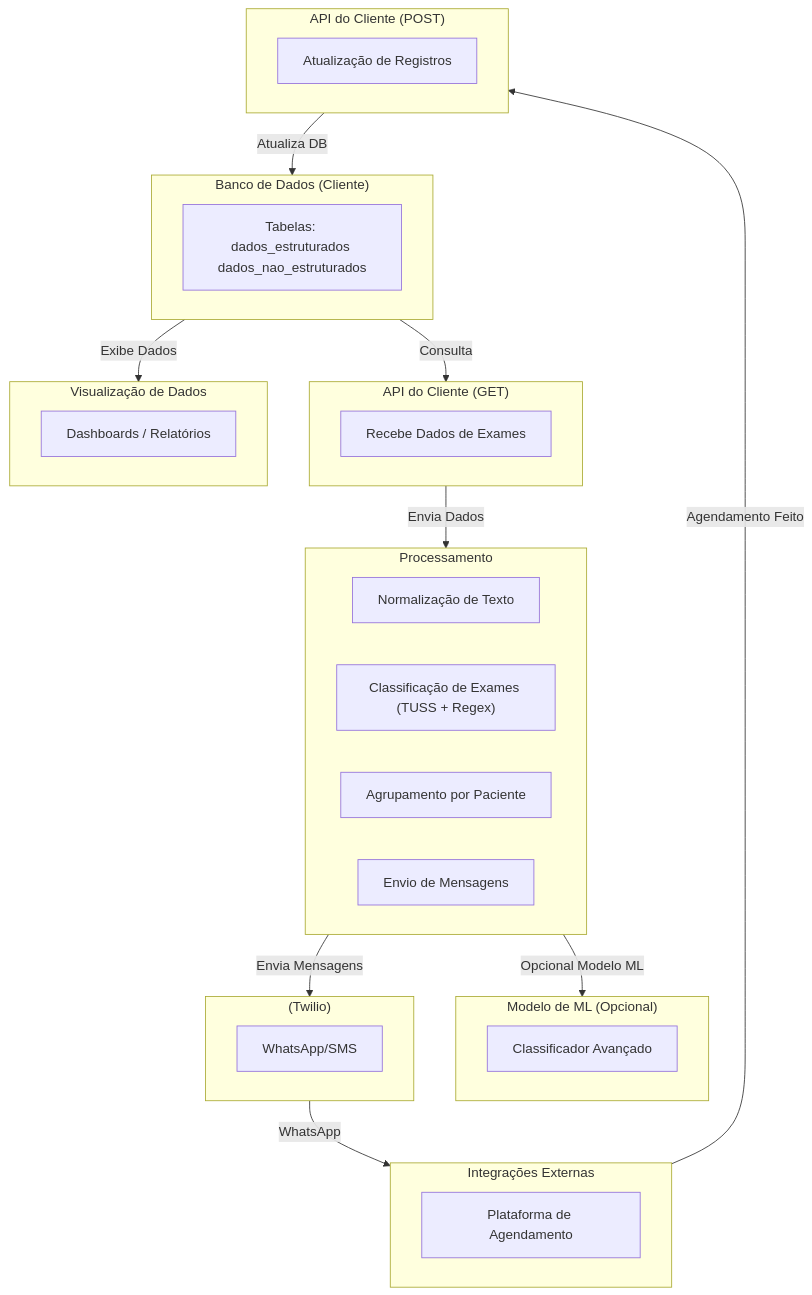
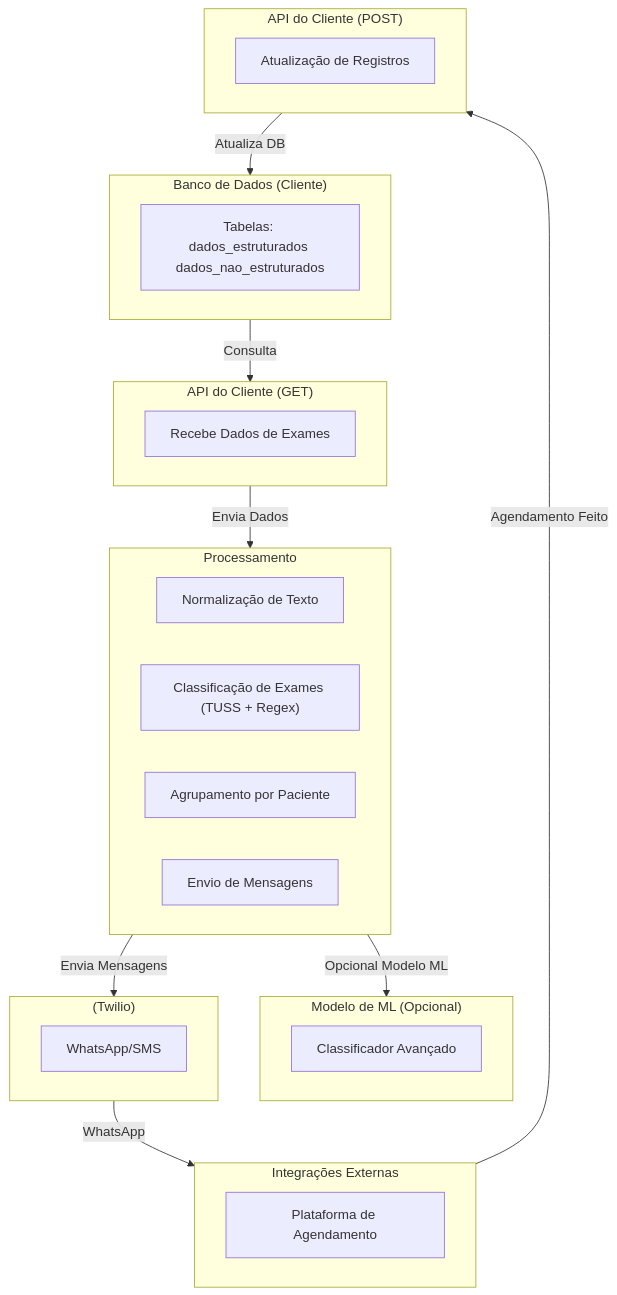
The diagram in README.md (litorx/Notificador), drawn with Mermaid before and after one commit. The commit also changed other lines of this file, not shown here.

````diff
--- a/README.md
+++ b/README.md
@@ -121,47 +97,43 @@
 ```mermaid
 flowchart TB
     subgraph BD["Banco de Dados (Cliente)"]
         A1["Tabelas: dados_estruturados dados_nao_estruturados"]
     end
 
     subgraph API_GET["API do Cliente (GET)"]
         B1["Recebe Dados de Exames"]
     end
 
     subgraph PROC["Processamento"]
         C1["Normalização de Texto"]
         C2["Classificação de Exames (TUSS + Regex)"]
         C3["Agrupamento por Paciente"]
         C4["Envio de Mensagens"]
     end
 
     subgraph ML["Modelo de ML (Opcional)"]
         G1["Classificador Avançado"]
     end
 
     subgraph MSG["(Twilio)"]
         D1["WhatsApp/SMS"]
     end
 
     subgraph APPS["Integrações Externas"]
         E1["Plataforma de Agendamento"]
     end
 
     subgraph API_POST["API do Cliente (POST)"]
         H1["Atualização de Registros"]
     end
 
-    subgraph DATA["Visualização de Dados"]
-        F1["Dashboards / Relatórios"]
-    end
 
     %% Conexões Principais
     BD -->|Consulta| API_GET
     API_GET -->|Envia Dados| PROC
     PROC -->|Opcional Modelo ML| ML
     PROC -->|Envia Mensagens| MSG
     MSG -->|WhatsApp| APPS
     APPS -->|Agendamento Feito| API_POST
     API_POST -->|Atualiza DB| BD
-    BD -->|Exibe Dados| DATA
 ```
````
